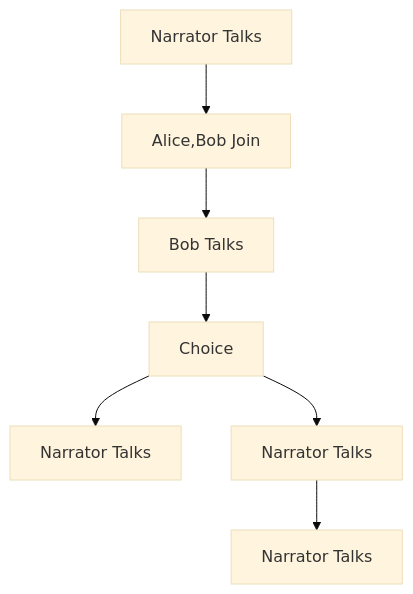
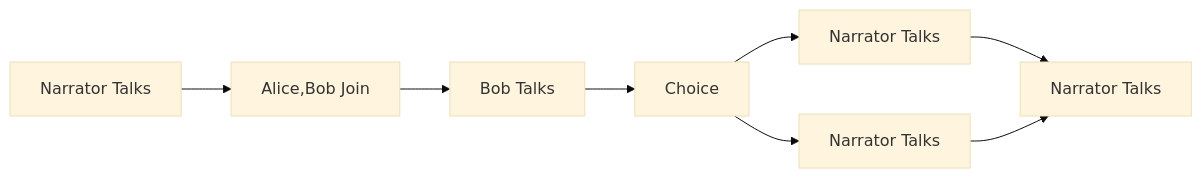
Before and after one commit to giusdp/bevy_talks: the diagram in docs/src/index.md, drawn with Mermaid (base theme). The commit also changed other lines of this file and 1 other file, not shown here.

````diff
--- a/docs/src/index.md
+++ b/docs/src/index.md
@@ -158,9 +157,10 @@
 ```mermaid
-graph TD;
+graph LR;
     A[Narrator Talks] --> B[Alice,Bob Join];
     B --> C[Bob Talks];
     C --> D[Choice];
     D --> E[Narrator Talks];
     D --> F[Narrator Talks];
     F --> G[Narrator Talks];
+    E --> G;
 ```
````
